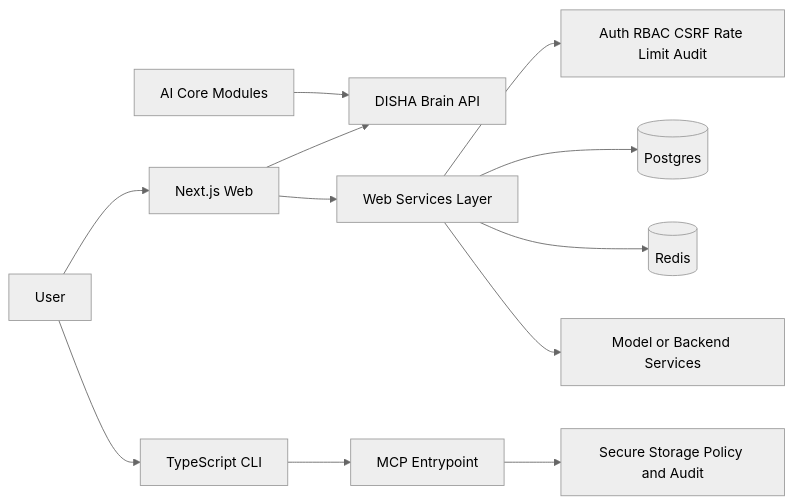
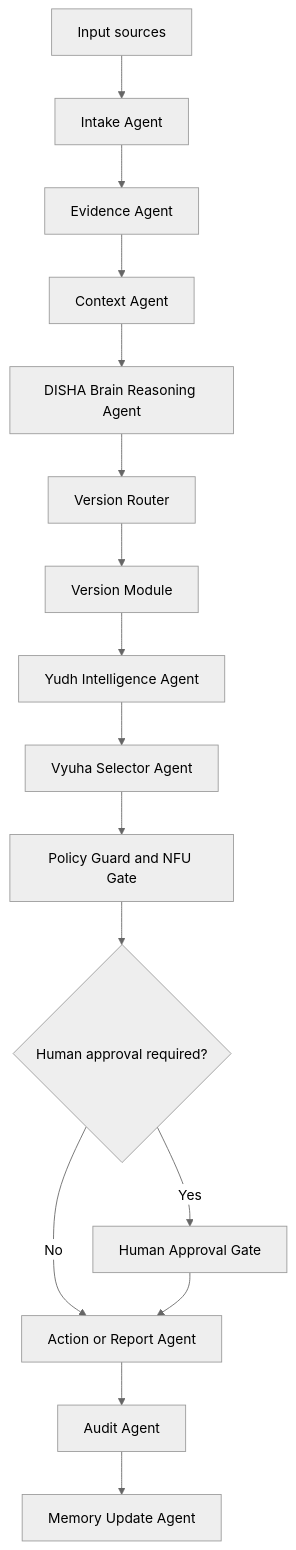
The diagram in README.md (Tashima-Tarsh/Disha), drawn with Mermaid (neutral theme) before and after one commit. The commit also changed other lines of this file and 94 other files, not shown here.

Commit message:
Add evidence-first DISHA Brain spine

````diff
--- a/README.md
+++ b/README.md
@@ -58,14 +30,18 @@
 ```mermaid
-flowchart LR
-    U[User] --> W[Next.js Web]
-    U --> C[TypeScript CLI]
-    W --> B[DISHA Brain API]
-    W --> WS[Web Services Layer]
-    WS --> SEC[Auth RBAC CSRF Rate Limit Audit]
-    WS --> DB[(Postgres)]
-    WS --> REDIS[(Redis)]
-    WS --> EXT[Model or Backend Services]
-    C --> MCP[MCP Entrypoint]
-    MCP --> CSEC[Secure Storage Policy and Audit]
-    CORE[AI Core Modules] --> B
+flowchart TD
+    A[Input sources] --> B[Intake Agent]
+    B --> C[Evidence Agent]
+    C --> D[Context Agent]
+    D --> E[DISHA Brain Reasoning Agent]
+    E --> F[Version Router]
+    F --> G[Version Module]
+    G --> H[Yudh Intelligence Agent]
+    H --> I[Vyuha Selector Agent]
+    I --> J[Policy Guard and NFU Gate]
+    J --> K{Human approval required?}
+    K -->|Yes| L[Human Approval Gate]
+    K -->|No| M[Action or Report Agent]
+    L --> M
+    M --> N[Audit Agent]
+    N --> O[Memory Update Agent]
 ```
````
